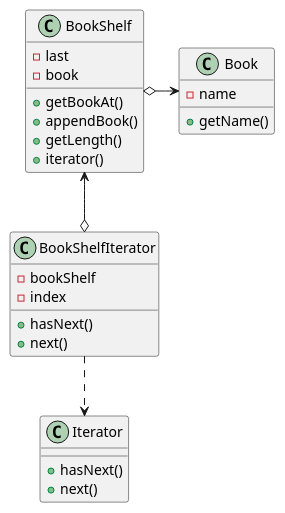
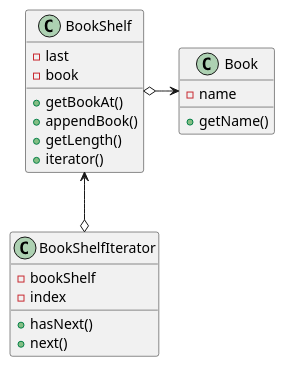
The diagram in src/Iterator/Class.pu (Godan/studyForPythonDesignPattern), drawn with PlantUML before and after one commit. The commit also changed 1 other file, not shown here.

```diff
--- a/src/Iterator/Class.pu
+++ b/src/Iterator/Class.pu
@@ -1,34 +1,29 @@
 @startuml
 
-class Iterator {
-  +hasNext()
-  +next()
-}
 
 class Book {
   -name
   +getName()
 }
 
 class BookShelf {
   -last
   -book
   +getBookAt()
   +appendBook()
   +getLength()
   +iterator()
 }
 
 class BookShelfIterator{
   - bookShelf
   - index
   +hasNext()
   +next()
 }
 
-Iterator <.up.BookShelfIterator
 BookShelf o-> Book
 BookShelf <-down-o BookShelfIterator
 
 
 @enduml
```
